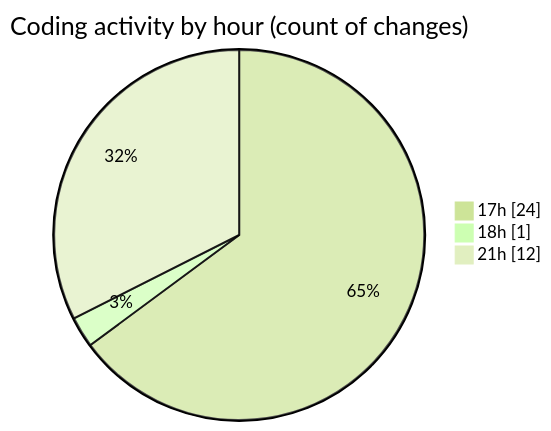
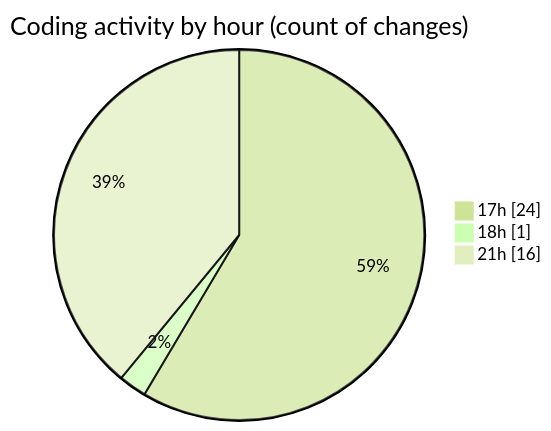
Before and after one commit to EIIisD/code-tracking: the second of 2 diagrams in 2025-07-13/tampermonkey/README.md, drawn with Mermaid (forest theme). The commit also changed other lines of this file and 1 other file, not shown here.

````diff
--- a/2025-07-13/tampermonkey/README.md
+++ b/2025-07-13/tampermonkey/README.md
@@ -44,7 +44,7 @@
 ```mermaid
 pie showData
 title Coding activity by hour (count of changes)
 "17h" : 24
 "18h" : 1
-"21h" : 12
+"21h" : 16
 ```
````
